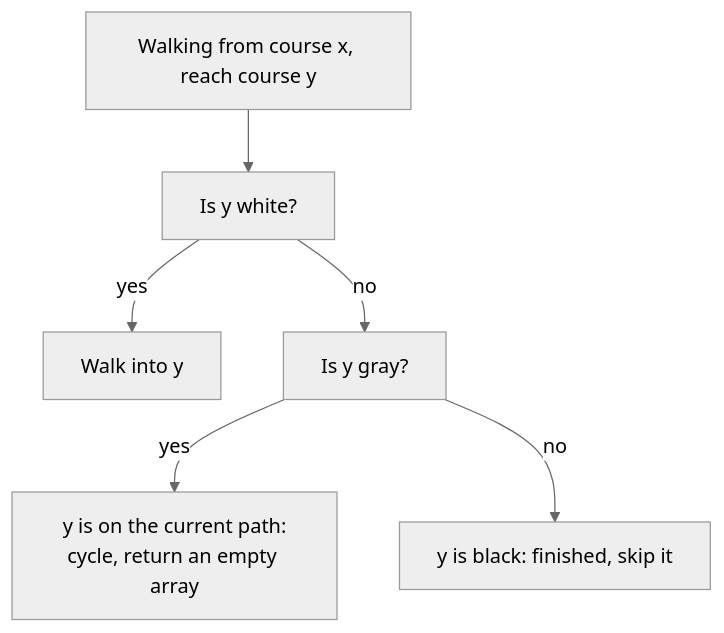
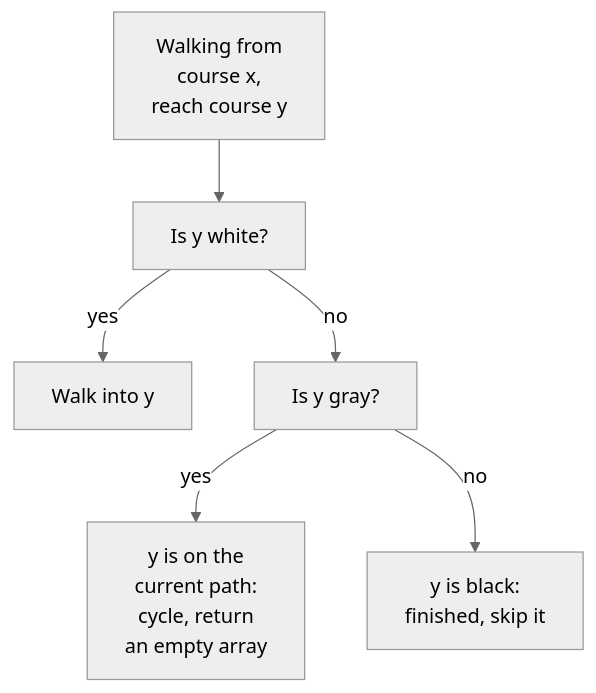
Before and after one commit to duongbui234/software-engineering-atlas: the fourth of 4 diagrams in content/en/problems/course-schedule-ii.md, drawn with Mermaid (neutral theme). The commit also changed other lines of this file and 134 other files, not shown here.

First line of the commit message:
Fit every Mermaid diagram at 390px without sideways scroll (#56)

````diff
--- a/content/en/problems/course-schedule-ii.md
+++ b/content/en/problems/course-schedule-ii.md
@@ -219,8 +219,8 @@
 ```mermaid
 flowchart TB
-  A["Walking from course x, reach course y"] --> B["Is y white?"]
+  A["Walking from<br/>course x,<br/>reach course y"] --> B["Is y white?"]
   B -- "yes" --> C["Walk into y"]
   B -- "no" --> D["Is y gray?"]
-  D -- "yes" --> E["y is on the current path:<br/>cycle, return an empty array"]
-  D -- "no" --> F["y is black: finished, skip it"]
+  D -- "yes" --> E["y is on the<br/>current path:<br/>cycle, return<br/>an empty array"]
+  D -- "no" --> F["y is black:<br/>finished, skip it"]
 ```
````
